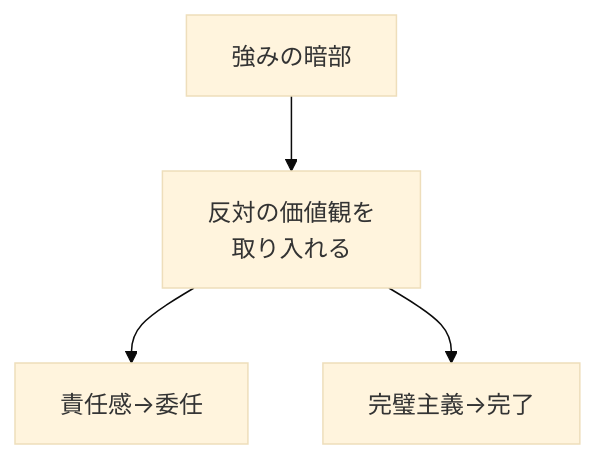
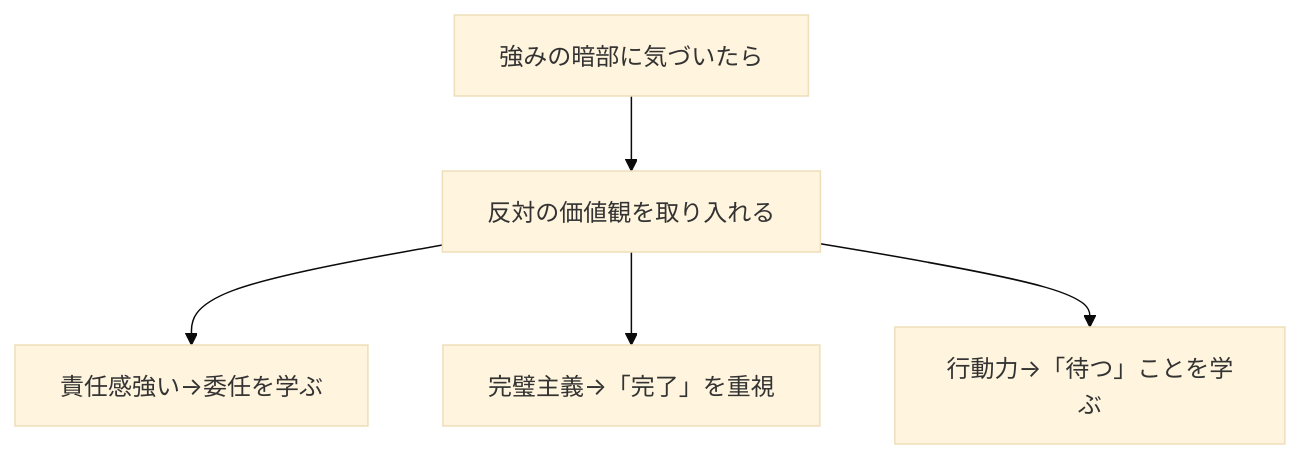
The second of 4 diagrams in content/blog/297-strengths-shadow-side-management.md (tndg16-bot/portfolio-site), drawn with Mermaid (base theme) before and after one commit. The commit also changed other lines of this file and 19 other files, not shown here.

````diff
--- a/content/blog/297-strengths-shadow-side-management.md
+++ b/content/blog/297-strengths-shadow-side-management.md
@@ -58,6 +61,8 @@
 ```mermaid
 graph TD
-    A[強みの暗部] --> B[反対の価値観を<br/>取り入れる]
-    B --> C[責任感→委任]
-    B --> D[完璧主義→完了]
+    A[強みの暗部に気づいたら]
+    A --> B[反対の価値観を取り入れる]
+    B --> C[責任感強い→委任を学ぶ]
+    B --> D[完璧主義→「完了」を重視]
+    B --> E[行動力→「待つ」ことを学ぶ]
 ```
````
